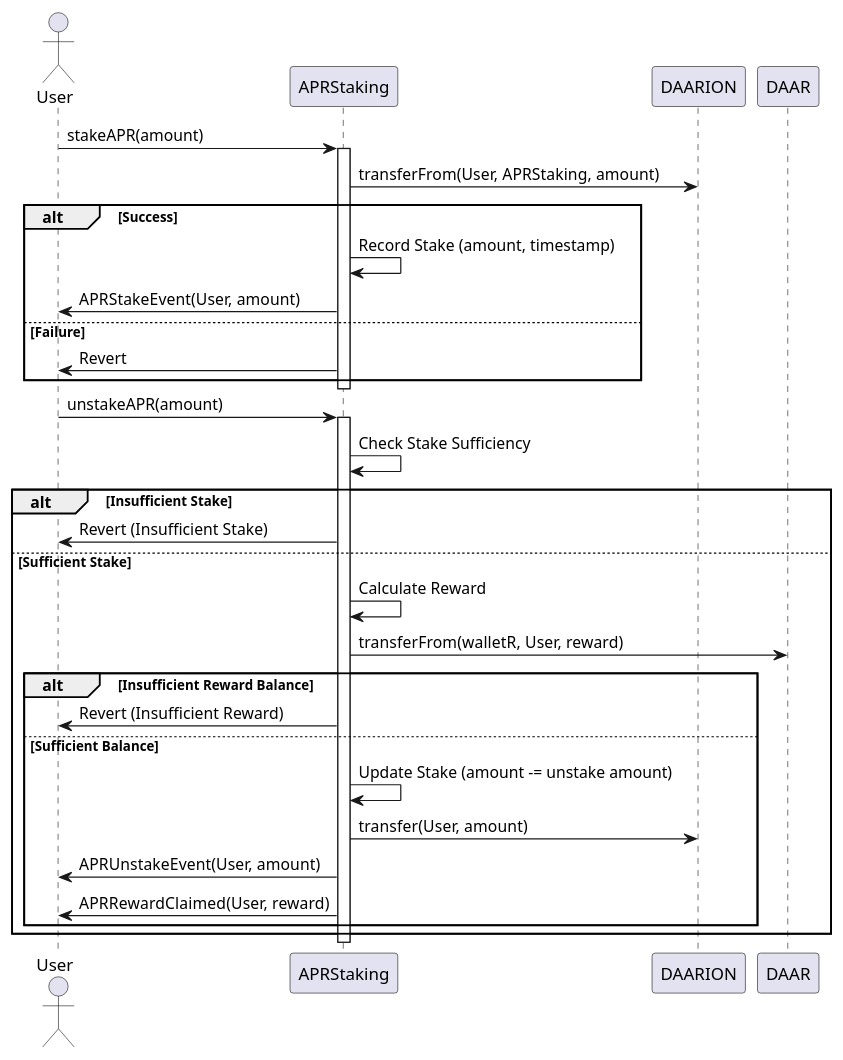
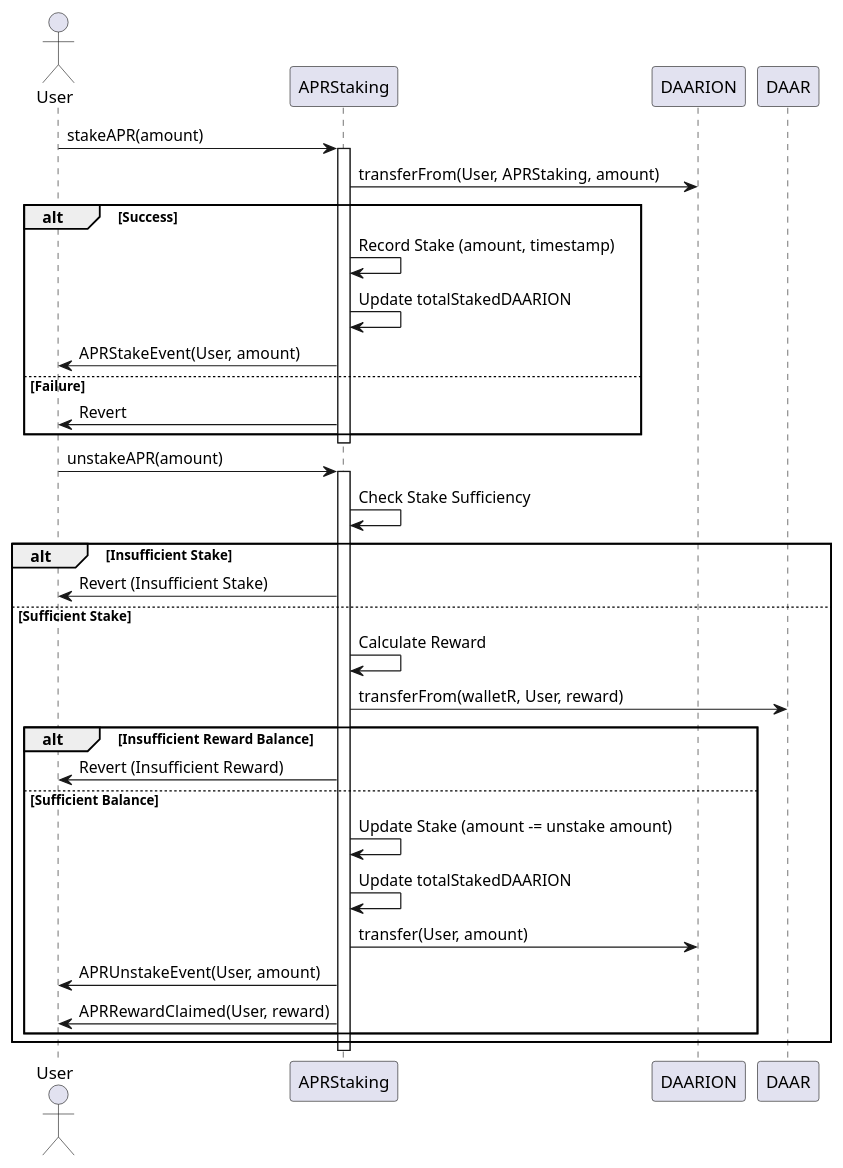
The second of 2 diagrams in README.UA-uk.md (connectplatform/daarion), drawn with PlantUML before and after one commit. The commit also changed other lines of this file, not shown here.

Commit message:
updated diagram for ARPstaking

````diff
--- a/README.UA-uk.md
+++ b/README.UA-uk.md
@@ -340,41 +340,42 @@
 ```plantuml
 
 @startuml
 actor User
 participant APRStaking
 participant DAARION
 participant DAAR
 
 User -> APRStaking: stakeAPR(amount)
 activate APRStaking
 APRStaking -> DAARION: transferFrom(User, APRStaking, amount)
 alt Success
     APRStaking -> APRStaking: Record Stake (amount, timestamp)
+    APRStaking -> APRStaking: Update totalStakedDAARION
     APRStaking -> User: APRStakeEvent(User, amount)
 else Failure
     APRStaking -> User: Revert
 end
 deactivate APRStaking
 
 User -> APRStaking: unstakeAPR(amount)
 activate APRStaking
 APRStaking -> APRStaking: Check Stake Sufficiency
 alt Insufficient Stake
     APRStaking -> User: Revert (Insufficient Stake)
 else Sufficient Stake
     APRStaking -> APRStaking: Calculate Reward
     APRStaking -> DAAR: transferFrom(walletR, User, reward)
     alt Insufficient Reward Balance
         APRStaking -> User: Revert (Insufficient Reward)
     else Sufficient Balance
         APRStaking -> APRStaking: Update Stake (amount -= unstake amount)
+        APRStaking -> APRStaking: Update totalStakedDAARION
         APRStaking -> DAARION: transfer(User, amount)
         APRStaking -> User: APRUnstakeEvent(User, amount)
         APRStaking -> User: APRRewardClaimed(User, reward)
     end
 end
 deactivate APRStaking
-
 @enduml
 
 ```
````
